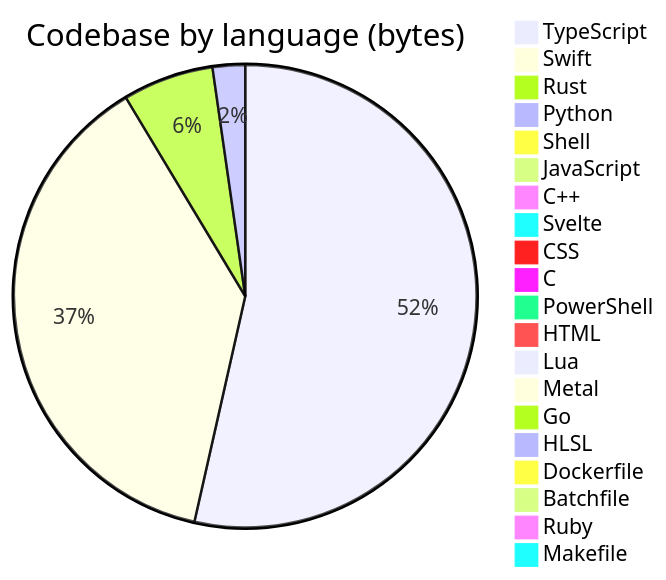
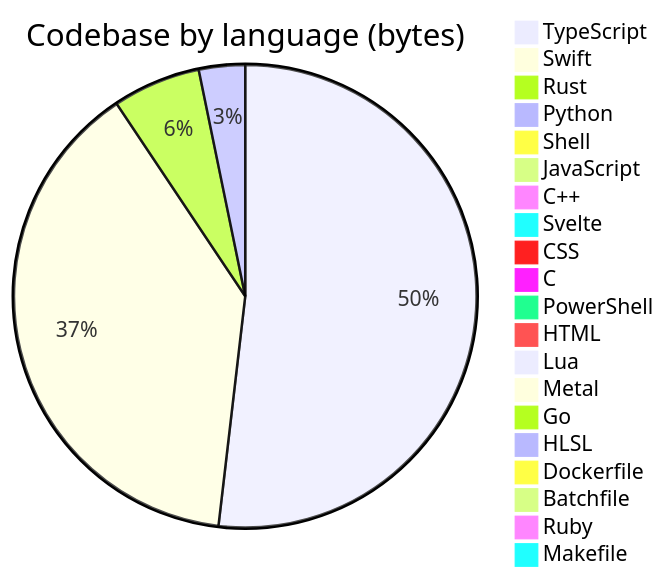
The diagram in profile/README.md (Open330/.github), drawn with Mermaid before and after one commit. The commit also changed other lines of this file, not shown here.

````diff
--- a/profile/README.md
+++ b/profile/README.md
@@ -132,23 +132,23 @@
 ```mermaid
 pie title Codebase by language (bytes)
     "TypeScript" : 34829859
-    "Swift" : 24633710
+    "Swift" : 26050111
     "Rust" : 4128908
-    "Python" : 1475175
-    "Shell" : 485815
+    "Python" : 2167785
+    "Shell" : 633587
     "JavaScript" : 408382
     "C++" : 388775
     "Svelte" : 275766
     "CSS" : 152218
     "C" : 118462
     "PowerShell" : 98688
     "HTML" : 92692
     "Lua" : 48814
     "Metal" : 33192
     "Go" : 22811
     "HLSL" : 7527
     "Dockerfile" : 6524
     "Batchfile" : 5660
     "Ruby" : 3229
     "Makefile" : 1307
 ```
````
